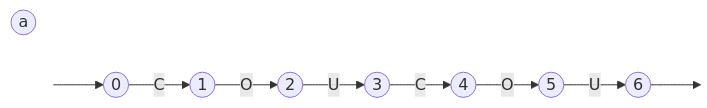
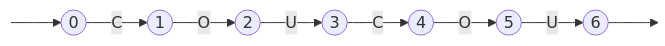
One commit to avivi55/automates-finies changed the second of 5 diagrams in README.md. Above: the diagram before and after it, drawn with Mermaid. The commit also changed other lines of this file, not shown here.

````diff
--- a/README.md
+++ b/README.md
@@ -28,10 +43,27 @@
 ```mermaid
 graph LR
-a((a))
+    0((0)) 
+    1((1))
+    2((2))
+    3((3))
+    4((4))
+    5((5))
+    6((6))
 
-    START[ ] --> 0((0)) --C--> 1((1)) --O--> 2((2)) --U--> 3((3)) --C--> 4((4)) --O--> 5((5)) --U--> 6((6)) --> STOP[ ]
+    START[ ] --> 0
+    6 --> STOP[ ]
+
+
+
+    0 --C--> 1
+    1 --O--> 2
+    2 --U--> 3
+    3 --C--> 4
+    4 --O--> 5
+    5 --U--> 6
+
 
 
     style START height:0px;
     style STOP  height:0px; 
 ```
````
